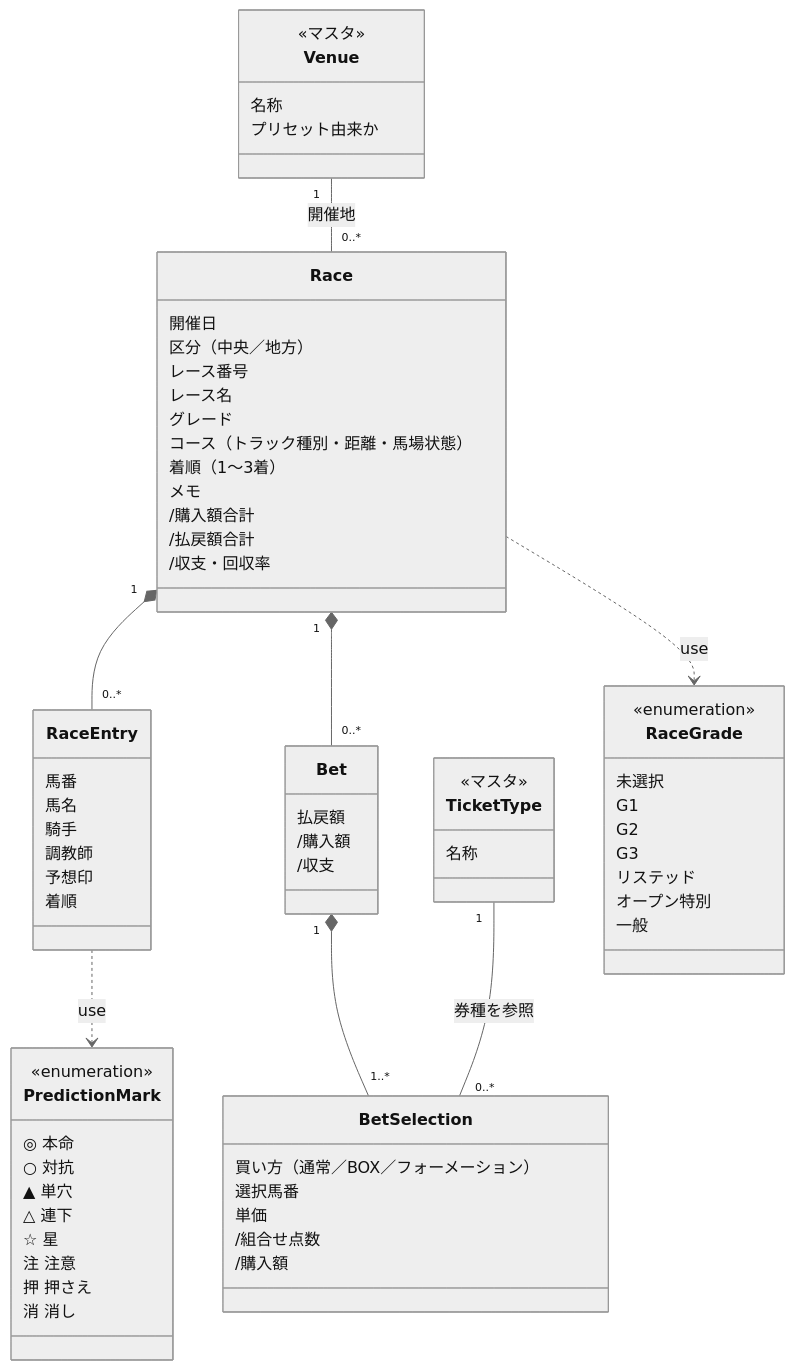
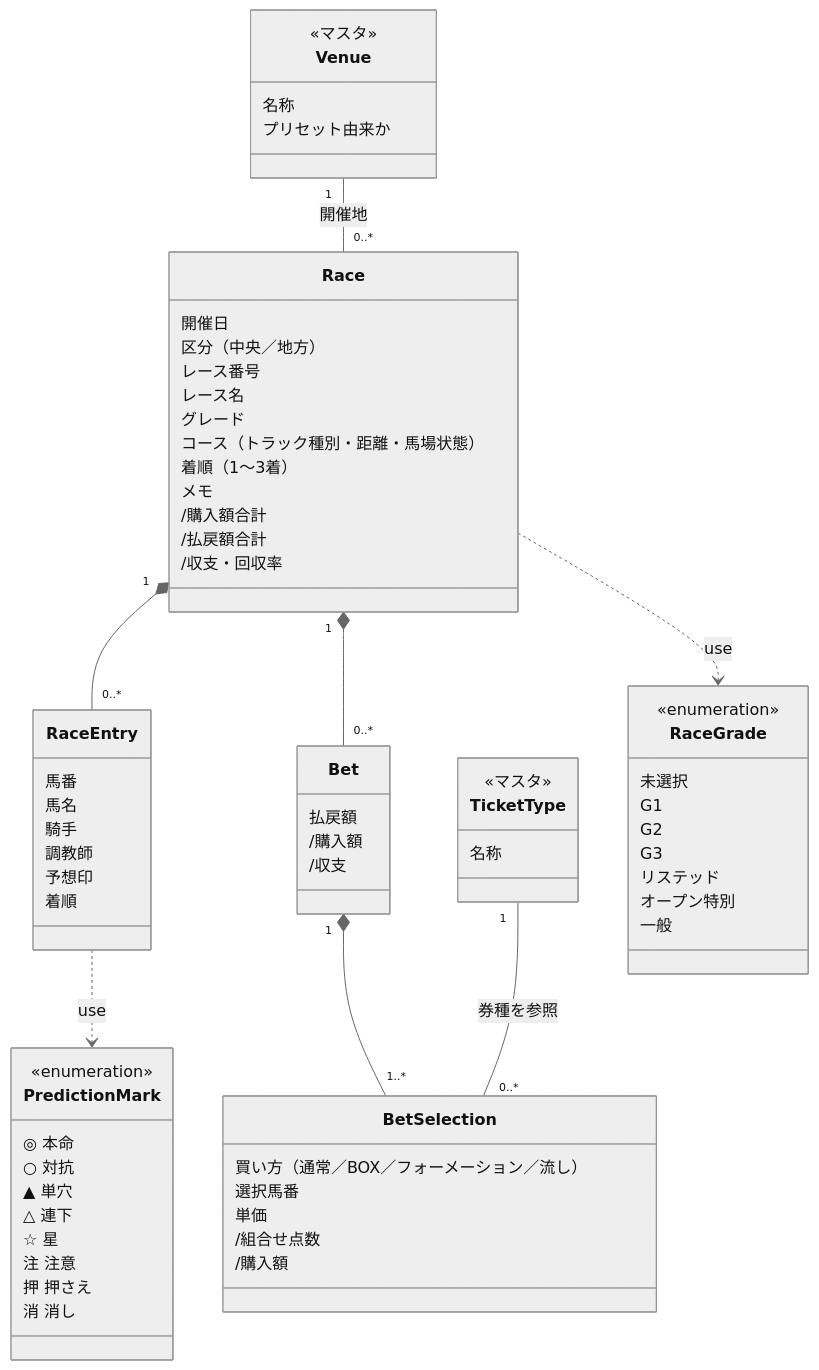
Before and after one commit to neko3cs/umalog: the first of 3 diagrams in docs/design.md, drawn with Mermaid (neutral theme). The commit also changed other lines of this file and 9 other files, not shown here.

````diff
--- a/docs/design.md
+++ b/docs/design.md
@@ -7,81 +7,81 @@
 ```mermaid
 classDiagram
     class Venue {
         <<マスタ>>
         名称
         プリセット由来か
     }
 
     class TicketType {
         <<マスタ>>
         名称
     }
 
     class Race {
         開催日
         区分（中央／地方）
         レース番号
         レース名
         グレード
         コース（トラック種別・距離・馬場状態）
         着順（1〜3着）
         メモ
         /購入額合計
         /払戻額合計
         /収支・回収率
     }
 
     class RaceEntry {
         馬番
         馬名
         騎手
         調教師
         予想印
         着順
     }
 
     class Bet {
         払戻額
         /購入額
         /収支
     }
 
     class BetSelection {
-        買い方（通常／BOX／フォーメーション）
+        買い方（通常／BOX／フォーメーション／流し）
         選択馬番
         単価
         /組合せ点数
         /購入額
     }
 
     class PredictionMark {
         <<enumeration>>
         ◎ 本命
         ○ 対抗
         ▲ 単穴
         △ 連下
         ☆ 星
         注 注意
         押 押さえ
         消 消し
     }
 
     class RaceGrade {
         <<enumeration>>
         未選択
         G1
         G2
         G3
         リステッド
         オープン特別
         一般
     }
 
     Venue "1" -- "0..*" Race : 開催地
     Race "1" *-- "0..*" RaceEntry
     Race "1" *-- "0..*" Bet
     Bet "1" *-- "1..*" BetSelection
     TicketType "1" -- "0..*" BetSelection : 券種を参照
     RaceEntry ..> PredictionMark : use
     Race ..> RaceGrade : use
 ```
````
